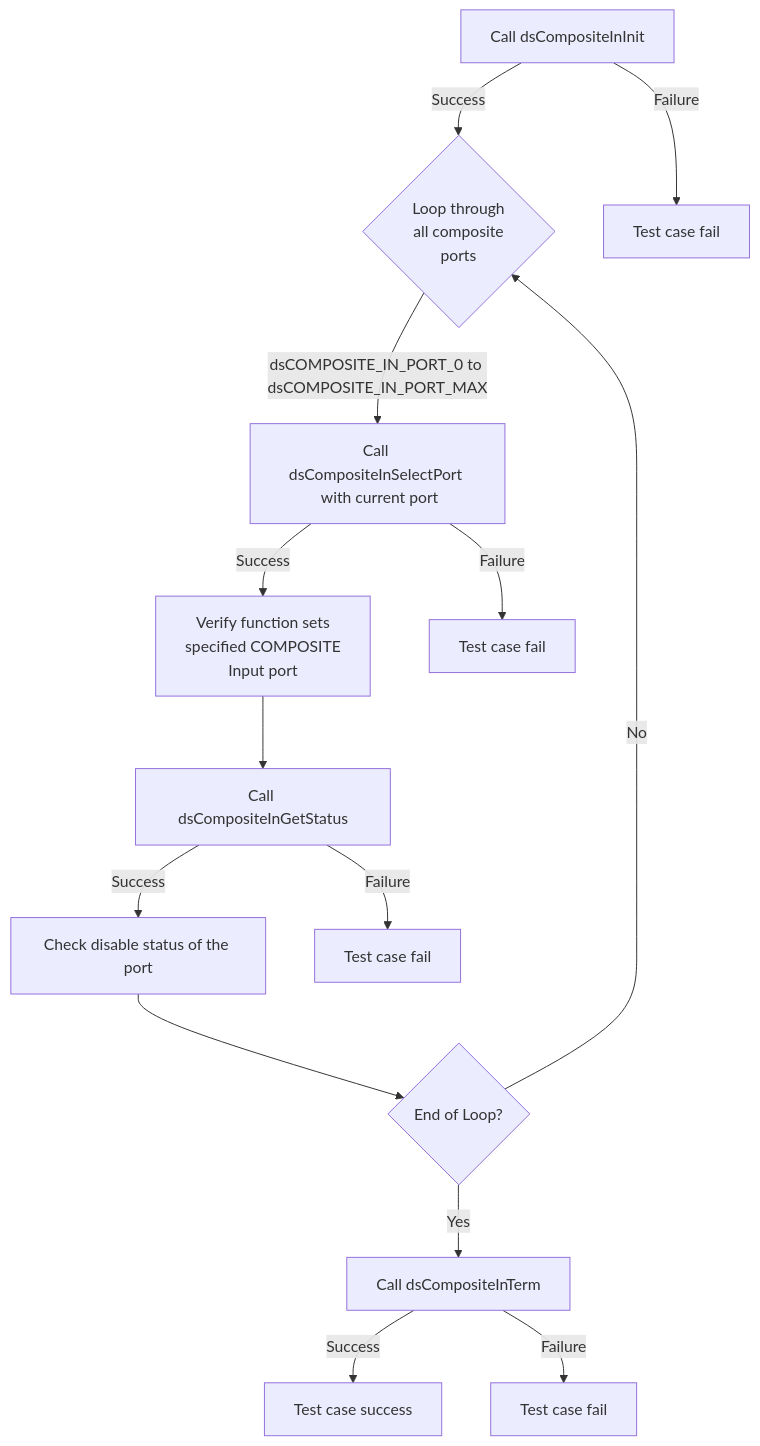
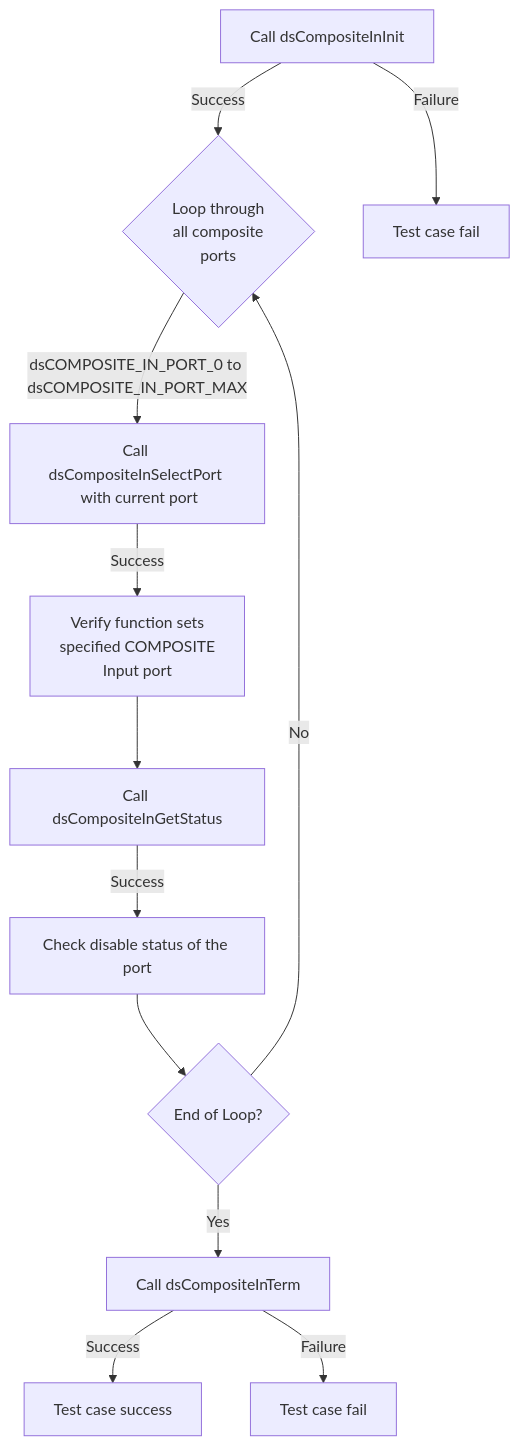
The third of 3 diagrams in docs/pages/dsCompositeIn_L2_Low-Level_TestSpecification.md (rdkcentral/rdk-halif-test-device_settings), drawn with Mermaid before and after one commit.

Commit message:
L2 Tests for dsDisplay and dsCompositeIn Minor enhancement on mermaid diagram

````diff
--- a/docs/pages/dsCompositeIn_L2_Low-Level_TestSpecification.md
+++ b/docs/pages/dsCompositeIn_L2_Low-Level_TestSpecification.md
@@ -161,16 +161,14 @@
 ```mermaid
 graph TB
     A[Call dsCompositeInInit] -->|Success| B{Loop through <br> all composite <br> ports}
     A -->|Failure| A1[Test case fail]
     B -->|dsCOMPOSITE_IN_PORT_0 to dsCOMPOSITE_IN_PORT_MAX| C[Call dsCompositeInSelectPort <br> with current port]
     C -->|Success| D[Verify function sets <br> specified COMPOSITE <br> Input port]
-    C -->|Failure| C1[Test case fail]
     D --> E[Call dsCompositeInGetStatus]
     E -->|Success| F[Check disable status of the port]
-    E -->|Failure| E1[Test case fail]
     F --> G{End of Loop?}
     G -->|No| B
     G -->|Yes| H[Call dsCompositeInTerm]
     H -->|Success| I[Test case success]
     H -->|Failure| H1[Test case fail]
 ```
````
